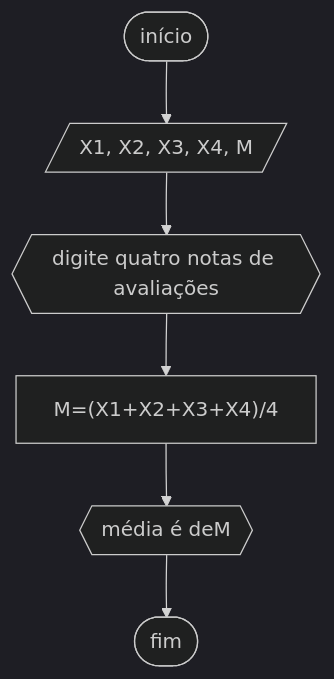
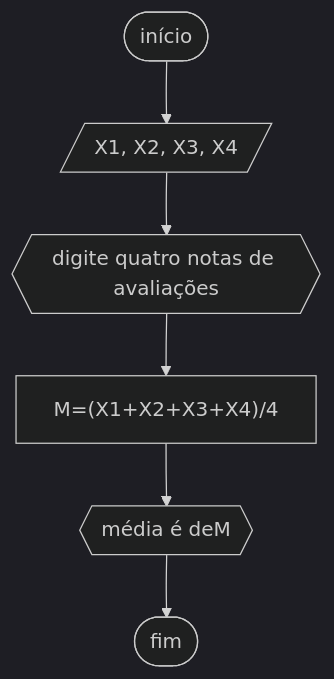
Before and after one commit to yeesusu/UNIFOR: the second of 5 diagrams in RLA/Unid1/RLA3/lista2.md, drawn with Mermaid (dark theme).

````diff
--- a/RLA/Unid1/RLA3/lista2.md
+++ b/RLA/Unid1/RLA3/lista2.md
@@ -56,8 +56,8 @@
 ```mermaid
 flowchart TD
-A([início])-->B[/X1, X2, X3, X4,  M/]
+A([início])-->B[/X1, X2, X3, X4/]
 B-->C{{"digite quatro notas de avaliações"}}
 C-->D["M=(X1+X2+X3+X4)/4"]
 D-->F{{"média é de"M}}
 F-->Z([fim])
 ```
````
